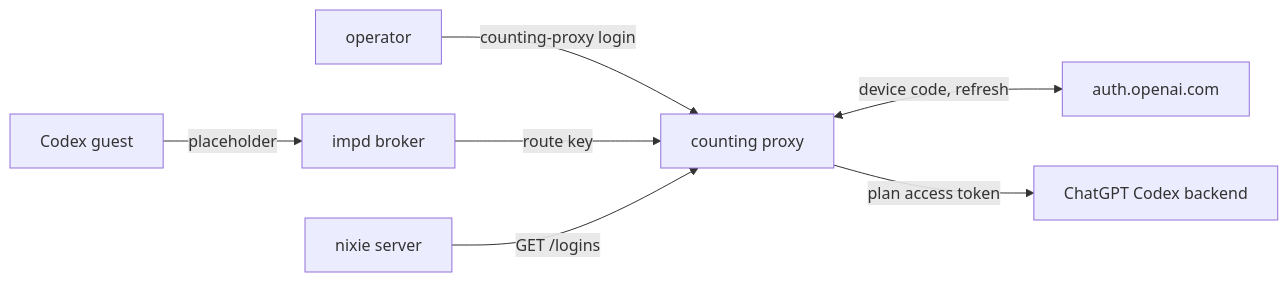
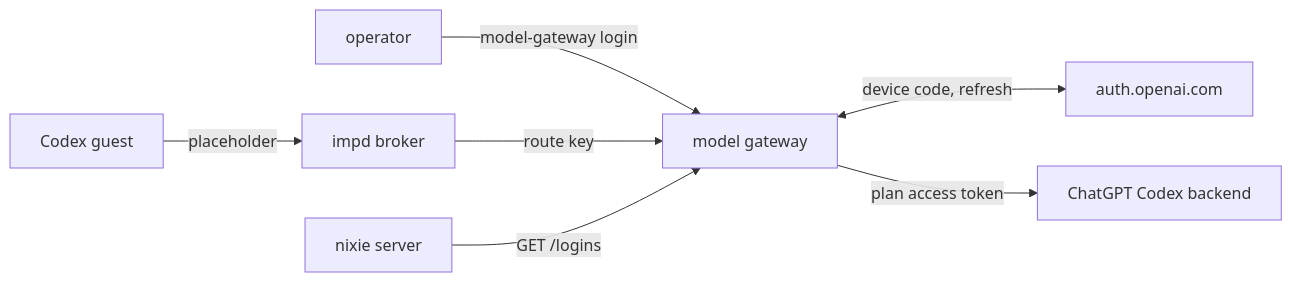
Before and after one commit to zgeoff/nixie: the diagram in docs/design/queue/plan-login-token.md, drawn with Mermaid. The commit also changed other lines of this file and 71 other files, not shown here.

Commit message:
refactor: rename the counting proxy to the model gateway

````diff
--- a/docs/design/queue/plan-login-token.md
+++ b/docs/design/queue/plan-login-token.md
@@ -34,9 +34,9 @@
 ```mermaid
 flowchart LR
-  op[operator] -->|"counting-proxy login"| proxy[counting proxy]
-  proxy <-->|"device code, refresh"| auth[auth.openai.com]
+  op[operator] -->|"model-gateway login"| gateway[model gateway]
+  gateway <-->|"device code, refresh"| auth[auth.openai.com]
   guest[Codex guest] -->|"placeholder"| broker[impd broker]
-  broker -->|"route key"| proxy
-  proxy -->|"plan access token"| backend[ChatGPT Codex backend]
-  server[nixie server] -->|"GET /logins"| proxy
+  broker -->|"route key"| gateway
+  gateway -->|"plan access token"| backend[ChatGPT Codex backend]
+  server[nixie server] -->|"GET /logins"| gateway
 ```
````
